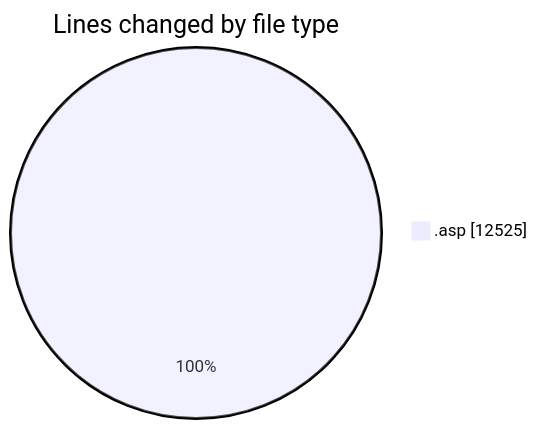
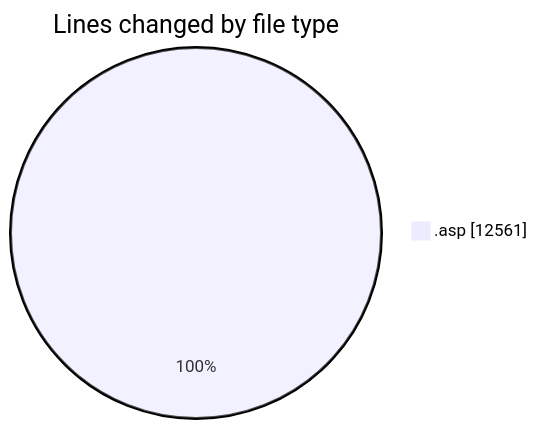
Before and after one commit to julien-gomy/code-tracking: the first of 2 diagrams in 2025-11-28/cdp_aleoudev_fr__workspace_/README.md, drawn with Mermaid. The commit also changed other lines of this file and 1 other file, not shown here.

````diff
--- a/2025-11-28/cdp_aleoudev_fr__workspace_/README.md
+++ b/2025-11-28/cdp_aleoudev_fr__workspace_/README.md
@@ -24,5 +24,5 @@
 ```mermaid
 pie showData
 title Lines changed by file type
-".asp" : 12525
+".asp" : 12561
 ```
````
